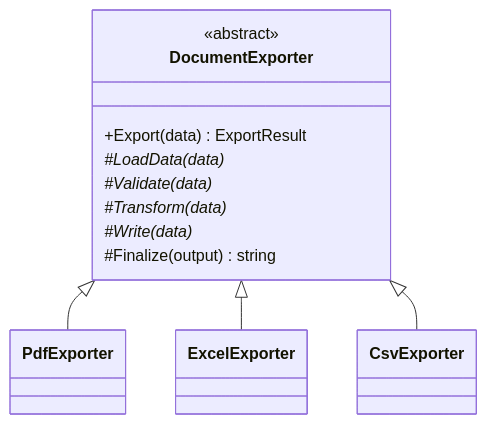
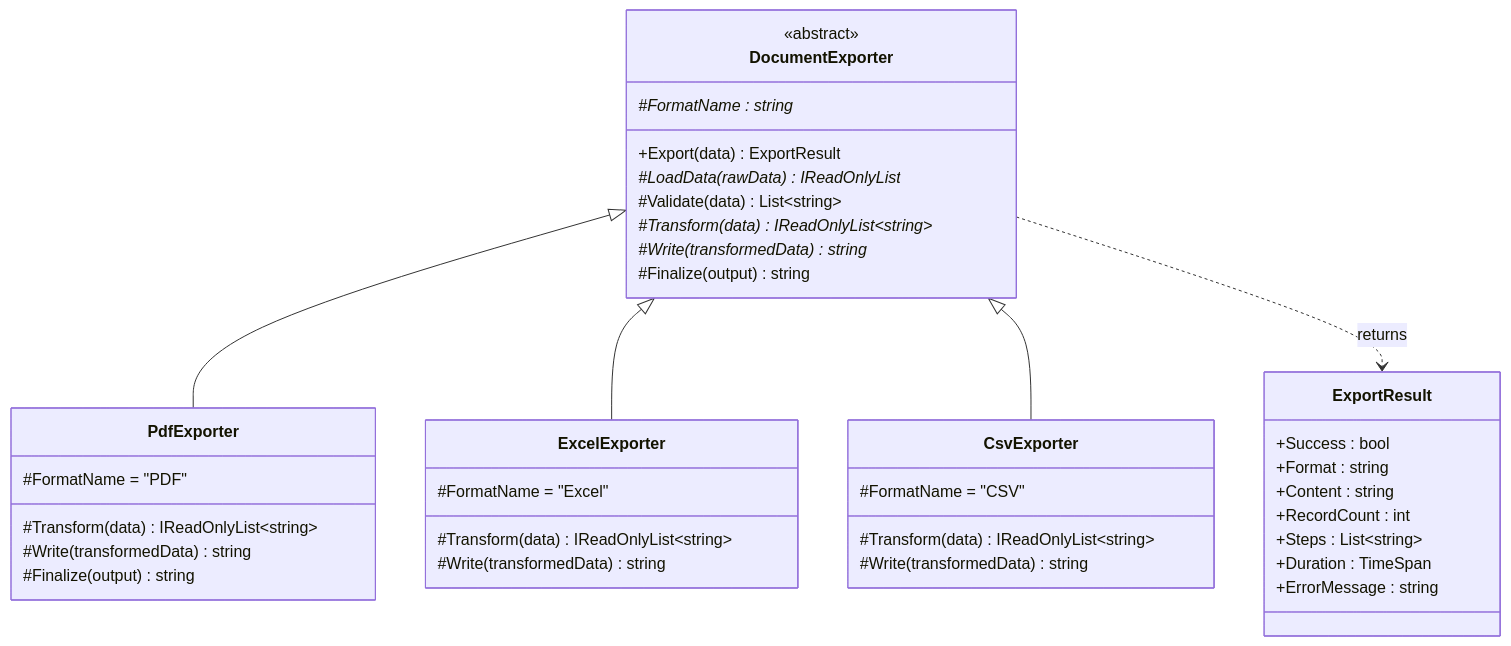
Before and after one commit to senapatisantosh/DotnetAdvanceDesignPattern: the first of 2 diagrams in src/DesignPatterns.Behavioral/TemplateMethod/README.md, drawn with Mermaid. The commit also changed other lines of this file, not shown here.

````diff
--- a/src/DesignPatterns.Behavioral/TemplateMethod/README.md
+++ b/src/DesignPatterns.Behavioral/TemplateMethod/README.md
@@ -78,19 +71,47 @@
 ```mermaid
 classDiagram
     class DocumentExporter {
         <<abstract>>
         +Export(data) ExportResult
-        #LoadData(data)*
-        #Validate(data)*
-        #Transform(data)*
-        #Write(data)*
+        #FormatName : string*
+        #LoadData(rawData) IReadOnlyList*
+        #Validate(data) List~string~
+        #Transform(data) IReadOnlyList~string~*
+        #Write(transformedData) string*
         #Finalize(output) string
     }
-    class PdfExporter
-    class ExcelExporter
-    class CsvExporter
+
+    class PdfExporter {
+        #FormatName = "PDF"
+        #Transform(data) IReadOnlyList~string~
+        #Write(transformedData) string
+        #Finalize(output) string
+    }
+
+    class ExcelExporter {
+        #FormatName = "Excel"
+        #Transform(data) IReadOnlyList~string~
+        #Write(transformedData) string
+    }
+
+    class CsvExporter {
+        #FormatName = "CSV"
+        #Transform(data) IReadOnlyList~string~
+        #Write(transformedData) string
+    }
+
+    class ExportResult {
+        +Success : bool
+        +Format : string
+        +Content : string
+        +RecordCount : int
+        +Steps : List~string~
+        +Duration : TimeSpan
+        +ErrorMessage : string
+    }
 
     DocumentExporter <|-- PdfExporter
     DocumentExporter <|-- ExcelExporter
     DocumentExporter <|-- CsvExporter
+    DocumentExporter ..> ExportResult : returns
 ```
````
